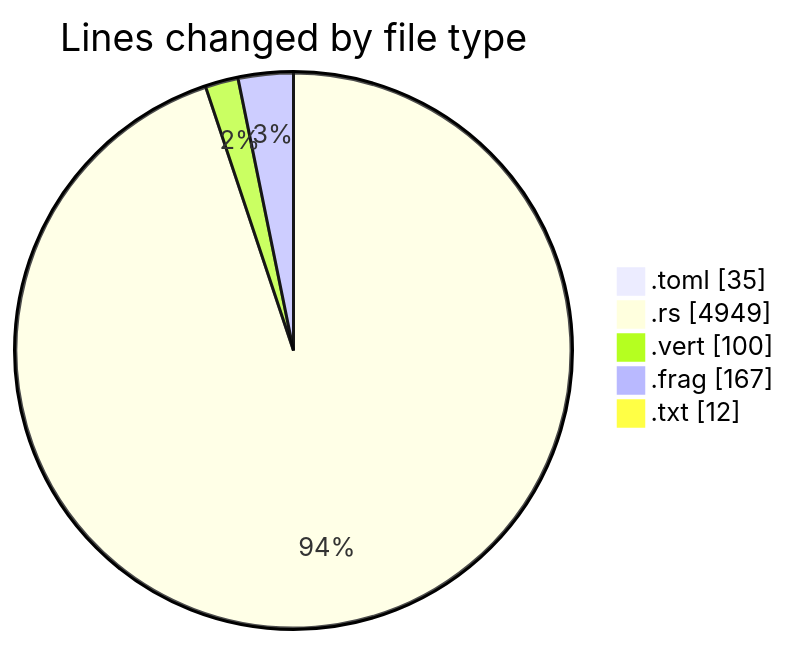
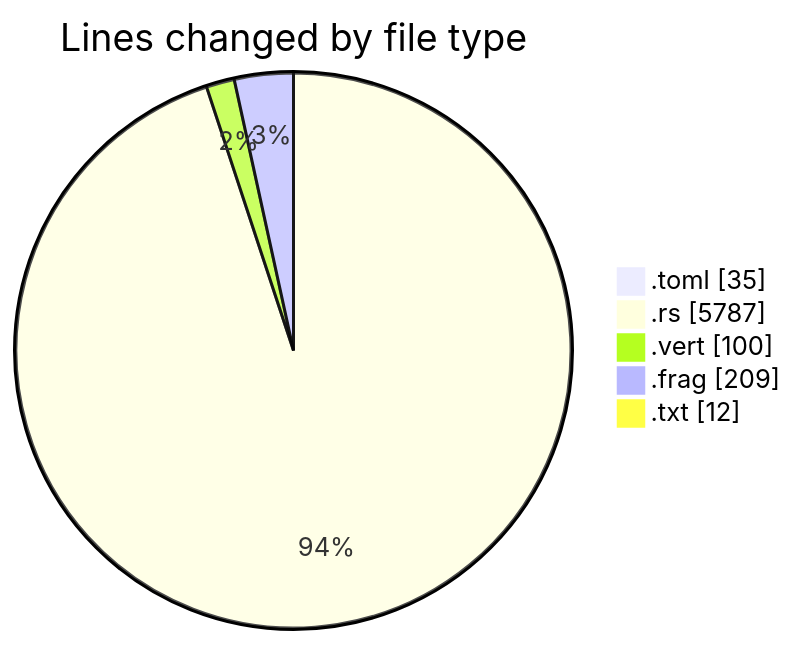
The first of 2 diagrams in 2025-01-02/3drust/README.md (ernivani/code-tracking), drawn with Mermaid before and after one commit. The commit also changed other lines of this file and 2 other files, not shown here.

````diff
--- a/2025-01-02/3drust/README.md
+++ b/2025-01-02/3drust/README.md
@@ -28,9 +28,9 @@
 ```mermaid
 pie showData
 title Lines changed by file type
 ".toml" : 35
-".rs" : 4949
+".rs" : 5787
 ".vert" : 100
-".frag" : 167
+".frag" : 209
 ".txt" : 12
 ```
````
